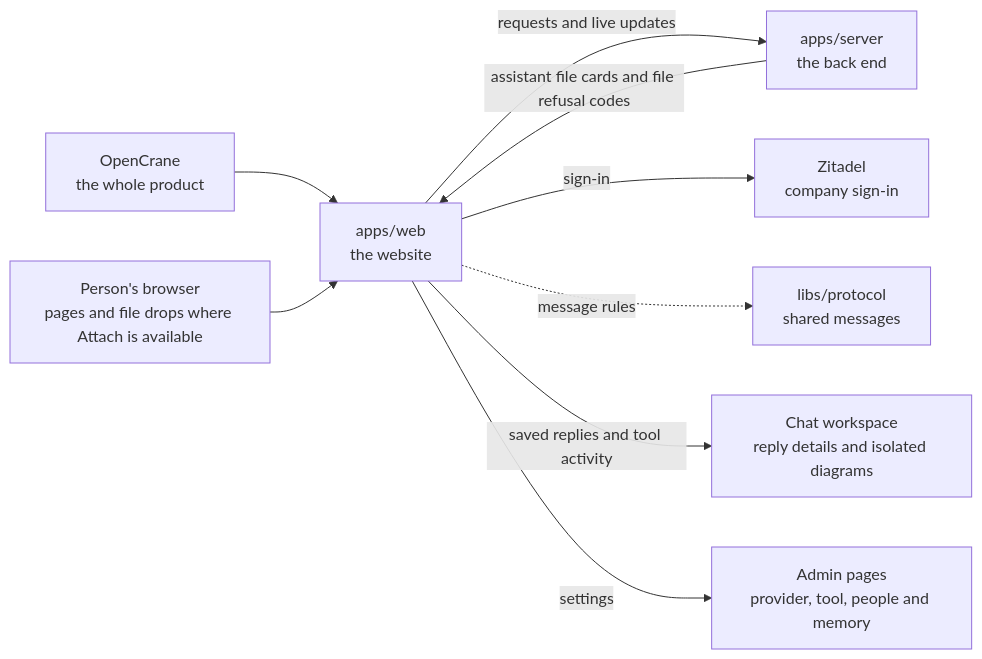
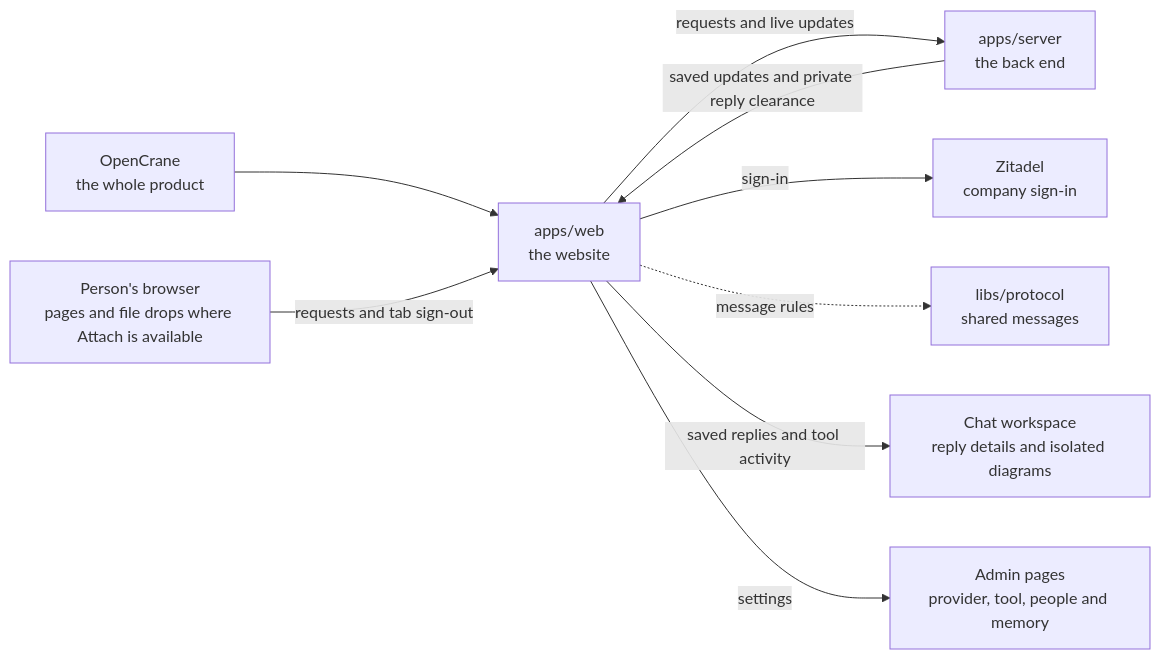
One commit to elewa-git/opencrane-new changed the diagram in apps/web/README.md. Above: the diagram before and after it, drawn with Mermaid. The commit also changed other lines of this file and 30 other files, not shown here.

First line of the commit message:
🔒 The browser holds a private reply only in memory and drops it on sign-out in any tab (#874)

````diff
--- a/apps/web/README.md
+++ b/apps/web/README.md
@@ -16,11 +16,11 @@
 ```mermaid
 flowchart LR
   system["OpenCrane<br/>the whole product"] --> web["apps/web<br/>the website"]
-  browser["Person's browser<br/>pages and file drops where Attach is available"] --> web
+  browser["Person's browser<br/>pages and file drops where Attach is available"] -->|requests and tab sign-out| web
   web -->|requests and live updates| server["apps/server<br/>the back end"]
-  server -->|assistant file cards and file refusal codes| web
+  server -->|saved updates and private reply clearance| web
   web -->|sign-in| zitadel["Zitadel<br/>company sign-in"]
   web -.->|message rules| protocol["libs/protocol<br/>shared messages"]
   web -->|saved replies and tool activity| capture["Chat workspace<br/>reply details and isolated diagrams"]
   web -->|settings| admin["Admin pages<br/>provider, tool, people and memory"]
 ```
````
